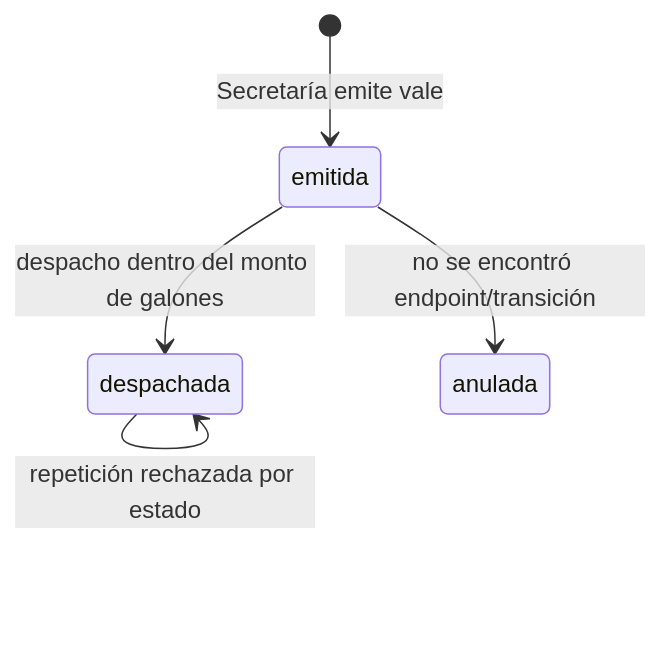
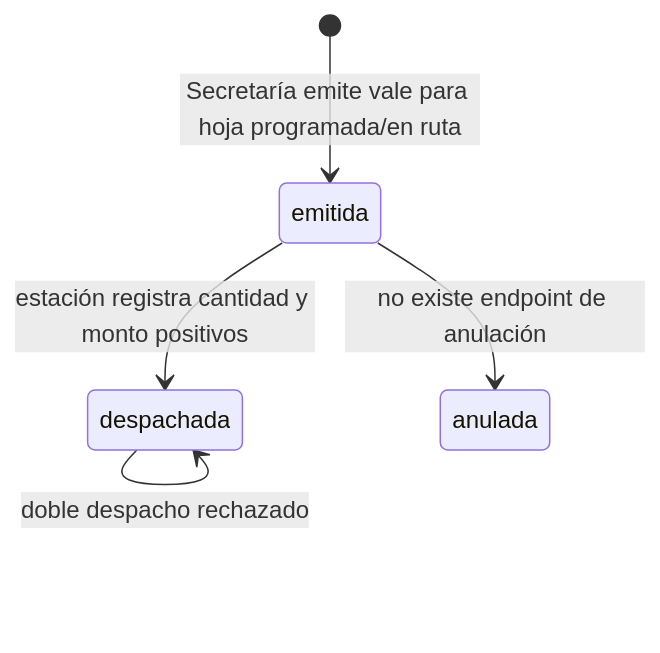
One commit to Thepropollo/back-movilidad-laravel changed the fourth of 7 diagrams in AUDITORIA/maquina-de-estados.md. Above: the diagram before and after it, drawn with Mermaid. The commit also changed other lines of this file and 7 other files, not shown here.

````diff
--- a/AUDITORIA/maquina-de-estados.md
+++ b/AUDITORIA/maquina-de-estados.md
@@ -57,7 +65,7 @@
 ```mermaid
 stateDiagram-v2
-  [*] --> emitida: Secretaría emite vale
-  emitida --> despachada: despacho dentro del monto de galones
-  despachada --> despachada: repetición rechazada por estado
-  emitida --> anulada: no se encontró endpoint/transición
+  [*] --> emitida: Secretaría emite vale para hoja programada/en ruta
+  emitida --> despachada: estación registra cantidad y monto positivos
+  despachada --> despachada: doble despacho rechazado
+  emitida --> anulada: no existe endpoint de anulación
 ```
````
